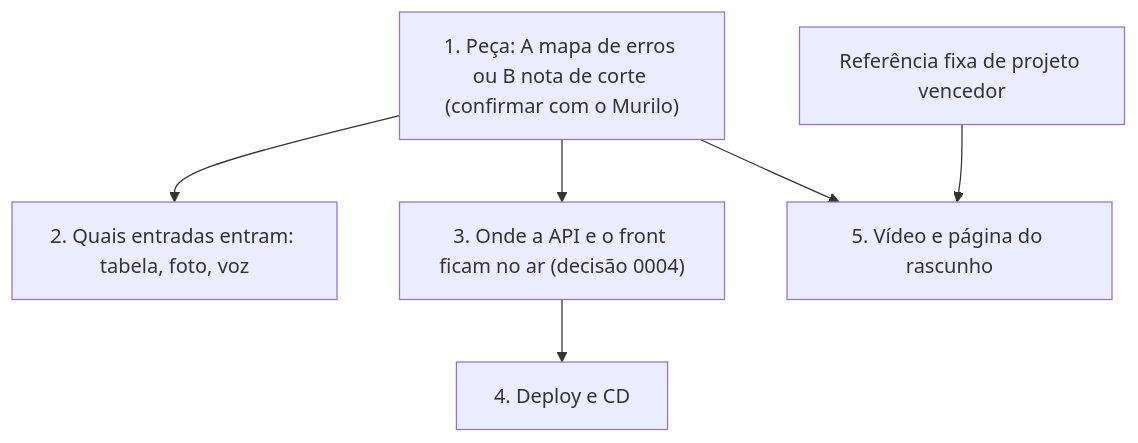
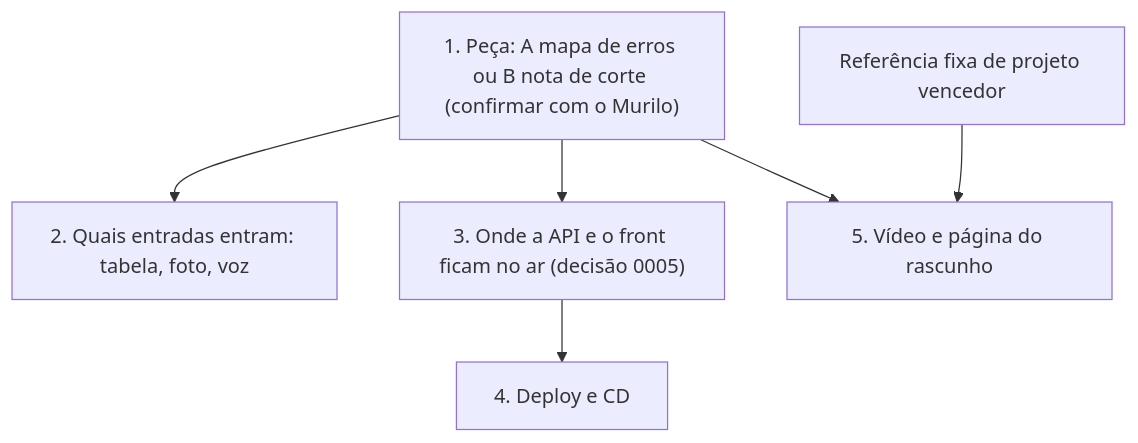
Before and after one commit to gbrielzin/paideia: the diagram in docs/journey/2026-11-05.md, drawn with Mermaid. The commit also changed other lines of this file and 1 other file, not shown here.

````diff
--- a/docs/journey/2026-11-05.md
+++ b/docs/journey/2026-11-05.md
@@ -25,8 +25,8 @@
 ```mermaid
 flowchart TB
   P["1. Peça: A mapa de erros ou B nota de corte (confirmar com o Murilo)"] --> E["2. Quais entradas entram: tabela, foto, voz"]
-  P --> H["3. Onde a API e o front ficam no ar (decisão 0004)"]
+  P --> H["3. Onde a API e o front ficam no ar (decisão 0005)"]
   H --> D["4. Deploy e CD"]
   P --> V["5. Vídeo e página do rascunho"]
   R["Referência fixa de projeto vencedor"] --> V
 ```
````
